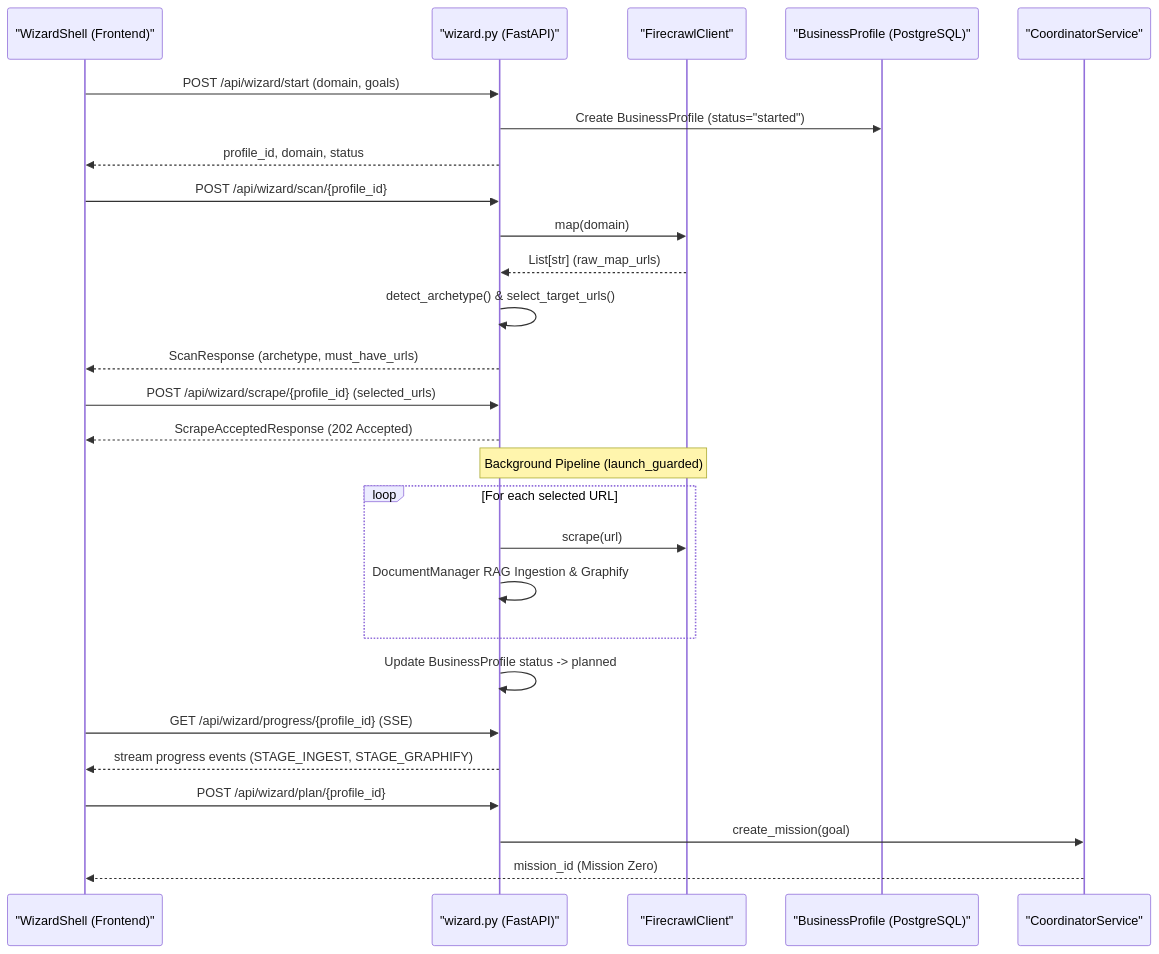
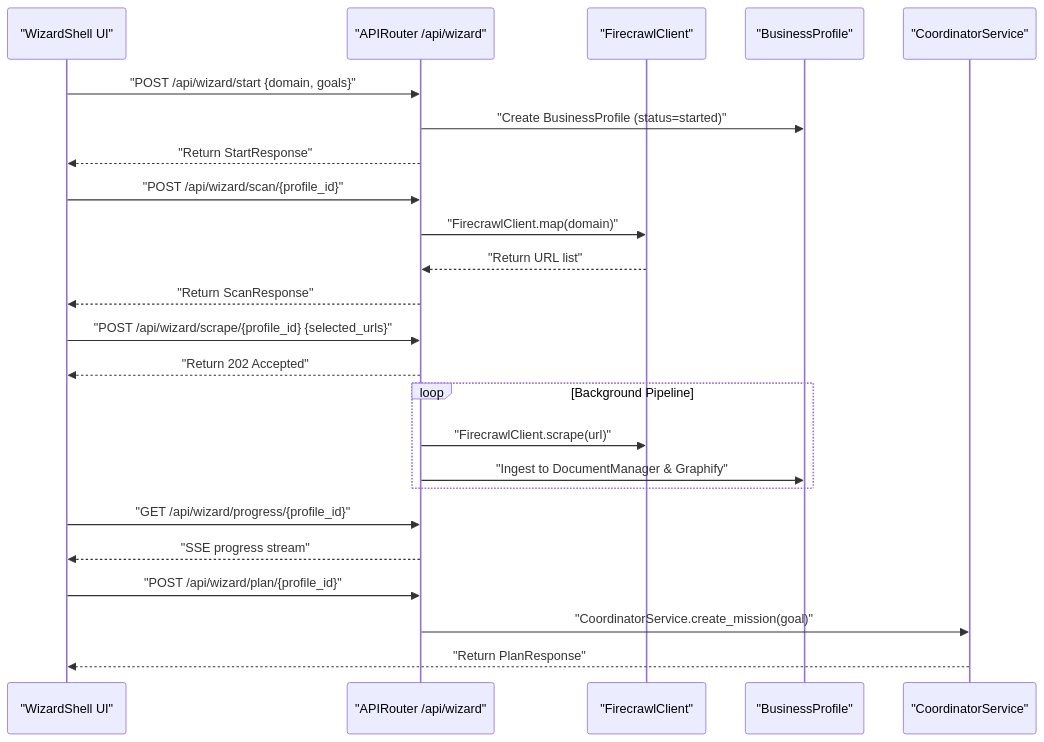
One commit to AutomatosAI/automatos-ai changed the second of 3 diagrams in docs/getting-started/business-intake-wizard.md. Above: the diagram before and after it, drawn with Mermaid. The commit also changed other lines of this file and 188 other files, not shown here.

First line of the commit message:
docs: refresh architecture docs and add coverage for new subsystems (#1416)

````diff
--- a/docs/getting-started/business-intake-wizard.md
+++ b/docs/getting-started/business-intake-wizard.md
@@ -46,35 +73,31 @@
 ```mermaid
 sequenceDiagram
-    participant UI as "WizardShell (Frontend)"
-    participant API as "wizard.py (FastAPI)"
+    participant UI as "WizardShell UI"
+    participant API as "APIRouter /api/wizard"
     participant FC as "FirecrawlClient"
-    participant DB as "BusinessProfile (PostgreSQL)"
-    participant MS as "CoordinatorService"
+    participant DB as "BusinessProfile"
+    participant CS as "CoordinatorService"
 
-    UI->>API: POST /api/wizard/start (domain, goals)
-    API->>DB: Create BusinessProfile (status="started")
-    API-->>UI: profile_id, domain, status
+    UI->>API: "POST /api/wizard/start {domain, goals}"
+    API->>DB: "Create BusinessProfile (status=started)"
+    API-->>UI: "Return StartResponse"
 
-    UI->>API: POST /api/wizard/scan/{profile_id}
-    API->>FC: map(domain)
-    FC-->>API: List[str] (raw_map_urls)
-    API->>API: detect_archetype() & select_target_urls()
-    API-->>UI: ScanResponse (archetype, must_have_urls)
+    UI->>API: "POST /api/wizard/scan/{profile_id}"
+    API->>FC: "FirecrawlClient.map(domain)"
+    FC-->>API: "Return URL list"
+    API-->>UI: "Return ScanResponse"
 
-    UI->>API: POST /api/wizard/scrape/{profile_id} (selected_urls)
-    API-->>UI: ScrapeAcceptedResponse (202 Accepted)
-    
-    Note over API, FC: Background Pipeline (launch_guarded)
-    loop For each selected URL
-        API->>FC: scrape(url)
-        API->>API: DocumentManager RAG Ingestion & Graphify
+    UI->>API: "POST /api/wizard/scrape/{profile_id} {selected_urls}"
+    API-->>UI: "Return 202 Accepted"
+    loop Background Pipeline
+        API->>FC: "FirecrawlClient.scrape(url)"
+        API->>DB: "Ingest to DocumentManager & Graphify"
     end
-    API->>API: Update BusinessProfile status -> planned
 
-    UI->>API: GET /api/wizard/progress/{profile_id} (SSE)
-    API-->>UI: stream progress events (STAGE_INGEST, STAGE_GRAPHIFY)
+    UI->>API: "GET /api/wizard/progress/{profile_id}"
+    API-->>UI: "SSE progress stream"
 
-    UI->>API: POST /api/wizard/plan/{profile_id}
-    API->>MS: create_mission(goal)
-    MS-->>UI: mission_id (Mission Zero)
+    UI->>API: "POST /api/wizard/plan/{profile_id}"
+    API->>CS: "CoordinatorService.create_mission(goal)"
+    CS-->>UI: "Return PlanResponse"
 ```
````
